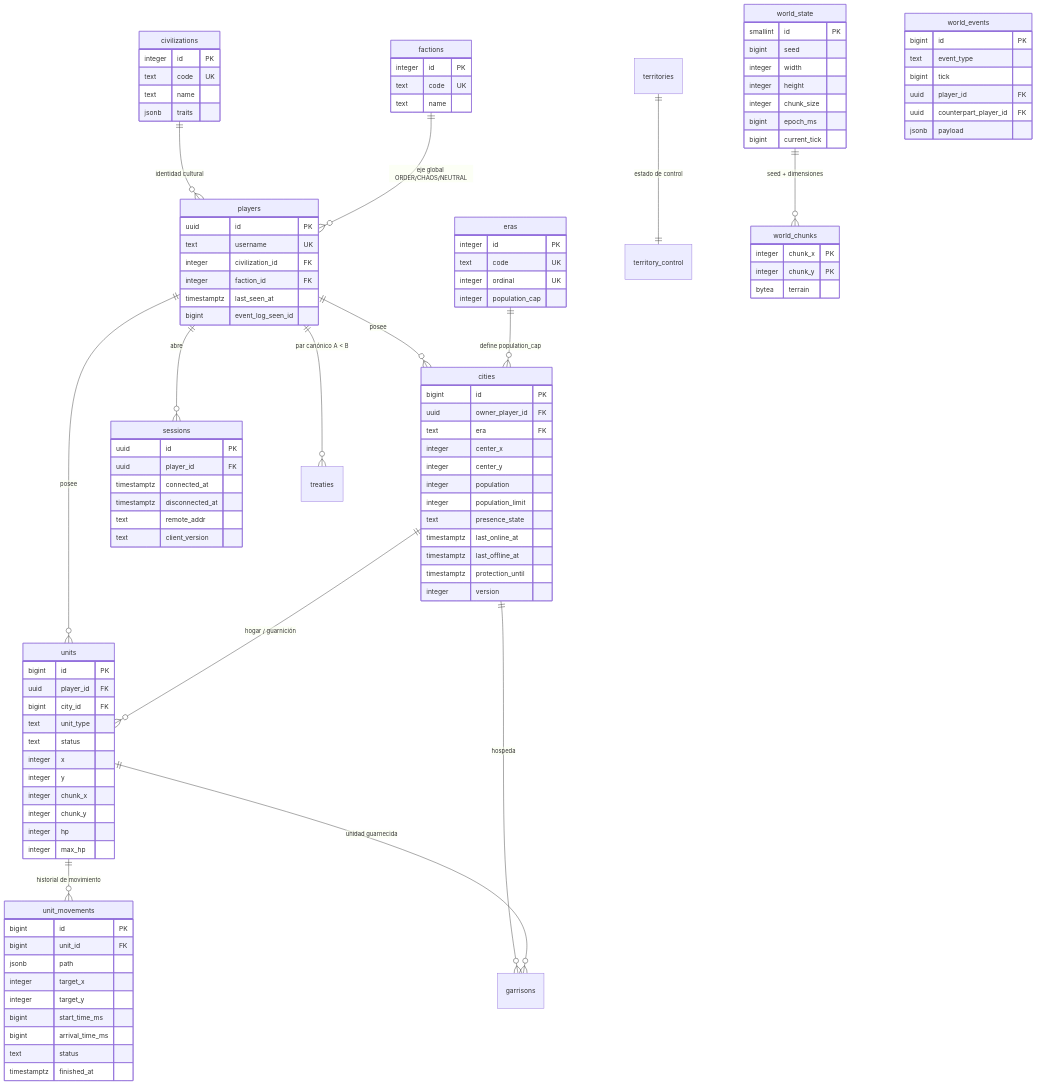
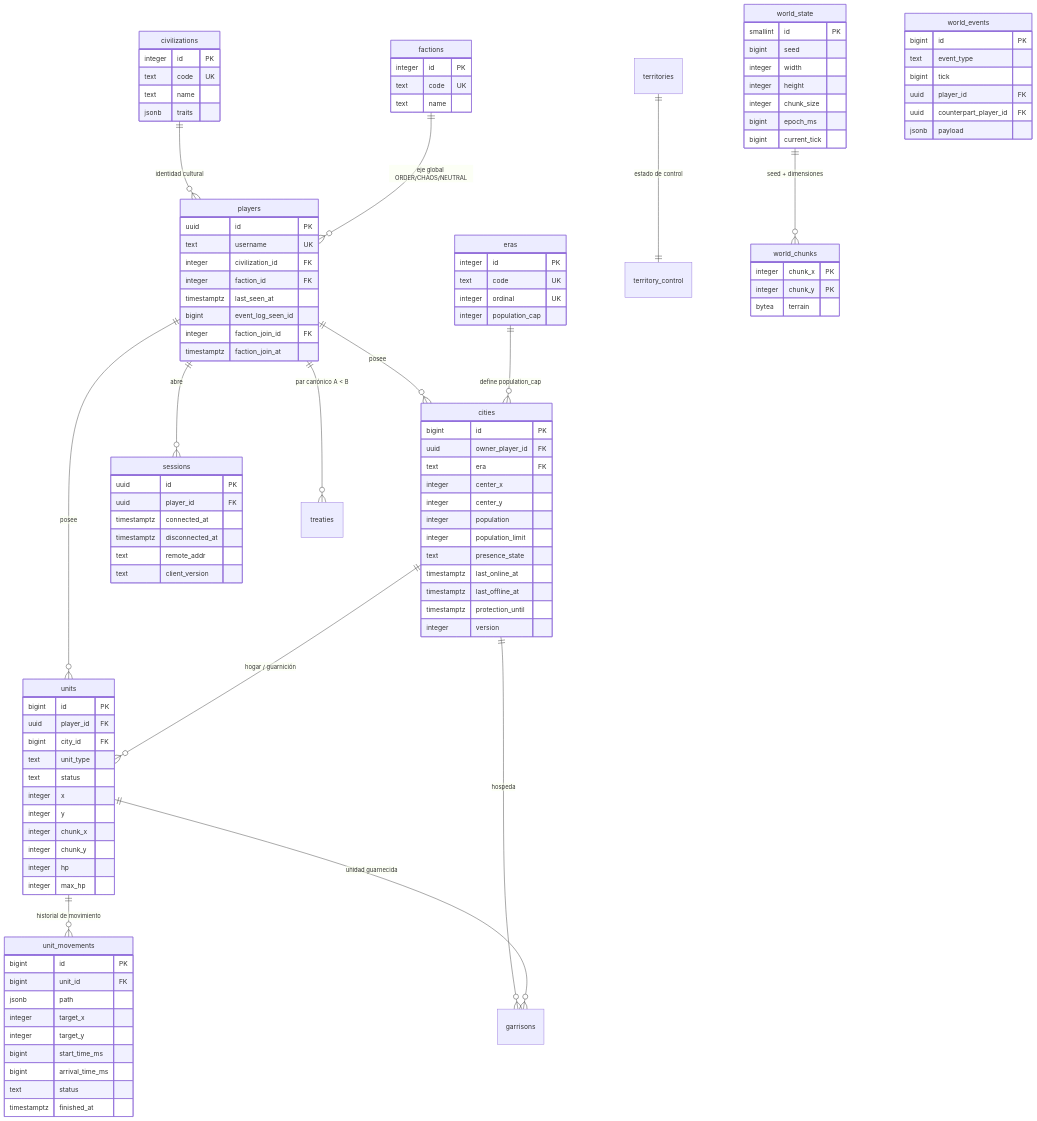
Before and after one commit to sonetlumiere-code/empires-online: the diagram in docs/database/schema.md, drawn with Mermaid. The commit also changed other lines of this file and 11 other files, not shown here.

```diff
--- a/docs/database/schema.md
+++ b/docs/database/schema.md
@@ -79,6 +79,8 @@
         integer faction_id FK
         timestamptz last_seen_at
         bigint event_log_seen_id
+        integer faction_join_id FK
+        timestamptz faction_join_at
     }
     civilizations {
         integer id PK
```
